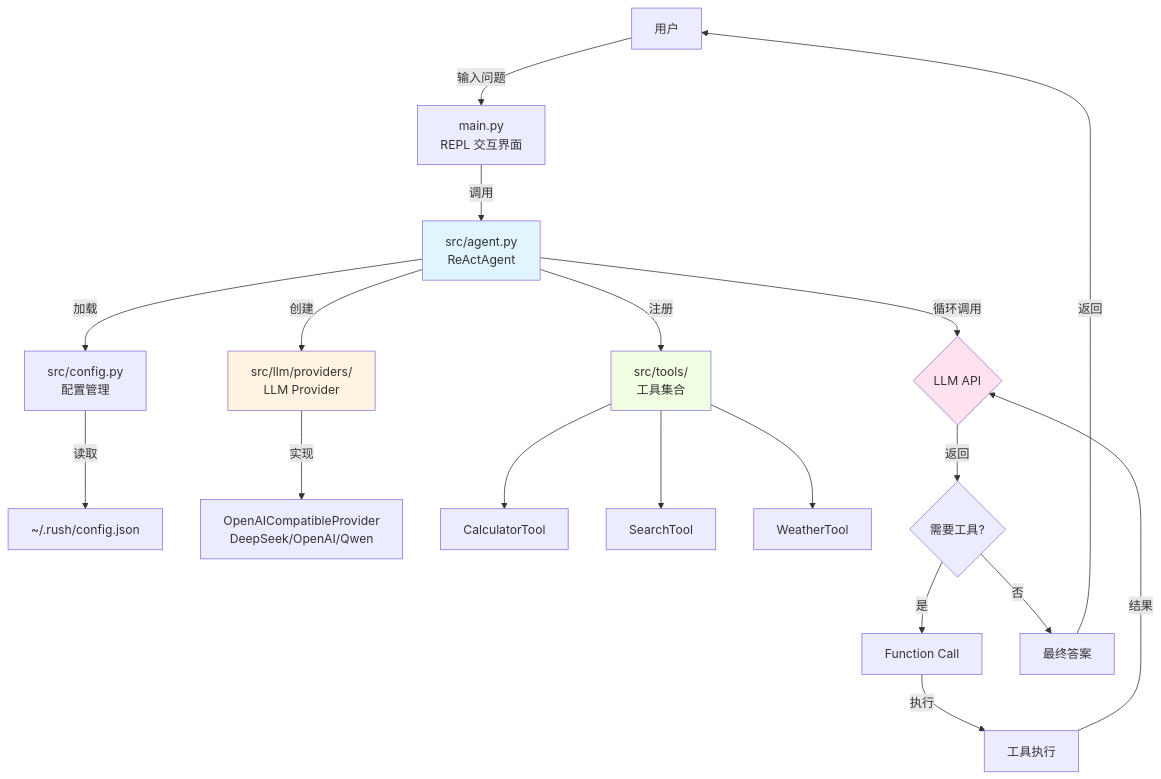
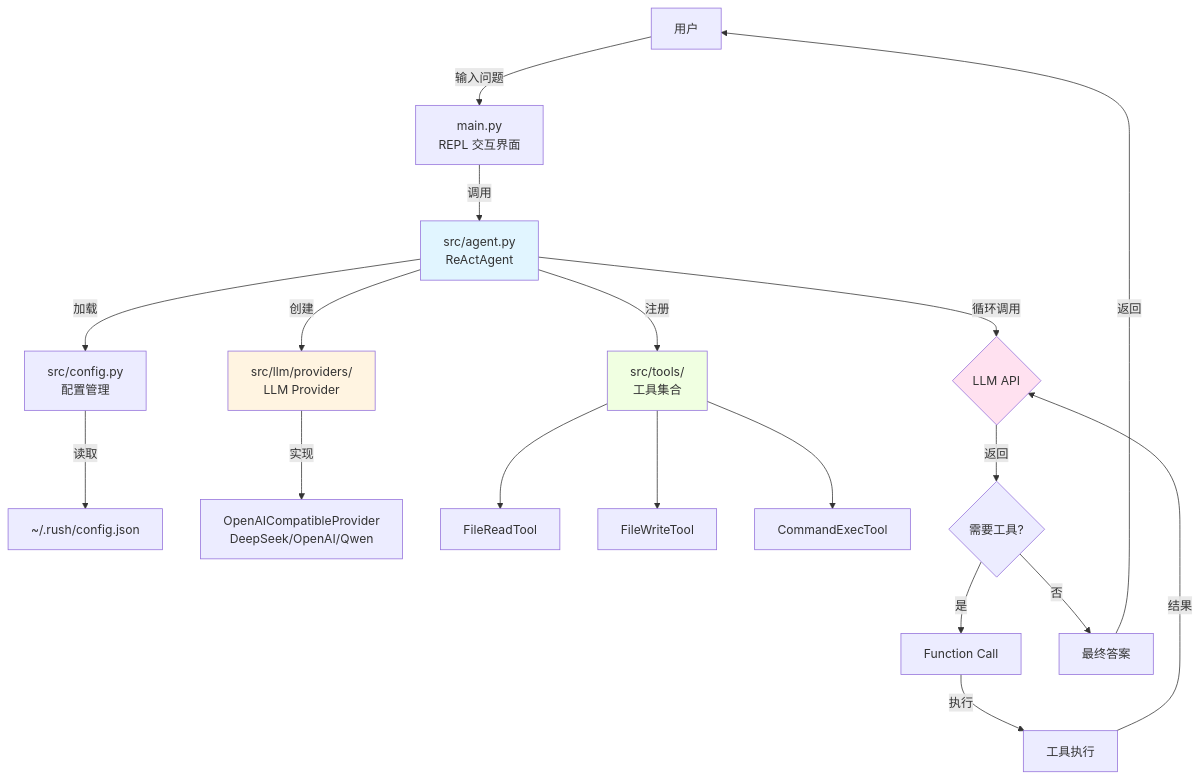
Before and after one commit to LukeLi-7/rush: the first of 2 diagrams in README.md, drawn with Mermaid. The commit also changed other lines of this file and 8 other files, not shown here.

````diff
--- a/README.md
+++ b/README.md
@@ -93,31 +94,31 @@
 ```mermaid
 graph TB
     User[用户] -->|输入问题| Main[main.py<br/>REPL 交互界面]
     Main -->|调用| Agent[src/agent.py<br/>ReActAgent]
     
     Agent -->|加载| Config[src/config.py<br/>配置管理]
     Config -->|读取| ConfigFile[~/.rush/config.json]
     
     Agent -->|创建| Provider[src/llm/providers/<br/>LLM Provider]
     Provider -->|实现| OpenAICompat[OpenAICompatibleProvider<br/>DeepSeek/OpenAI/Qwen]
     
     Agent -->|注册| Tools[src/tools/<br/>工具集合]
-    Tools --> Calculator[CalculatorTool]
-    Tools --> Search[SearchTool]
-    Tools --> Weather[WeatherTool]
+    Tools --> FileRead[FileReadTool]
+    Tools --> FileWrite[FileWriteTool]
+    Tools --> CommandExec[CommandExecTool]
     
     Agent -->|循环调用| LLM{LLM API}
     LLM -->|返回| Decision{需要工具?}
     
     Decision -->|是| ToolCall[Function Call]
     ToolCall -->|执行| ToolExec[工具执行]
     ToolExec -->|结果| LLM
     
     Decision -->|否| FinalAnswer[最终答案]
     FinalAnswer -->|返回| User
     
     style Agent fill:#e1f5ff
     style Provider fill:#fff4e1
     style Tools fill:#f0ffe1
     style LLM fill:#ffe1f0
 ```
````
